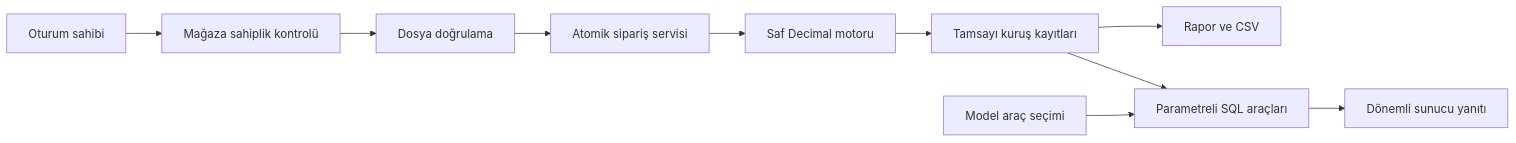
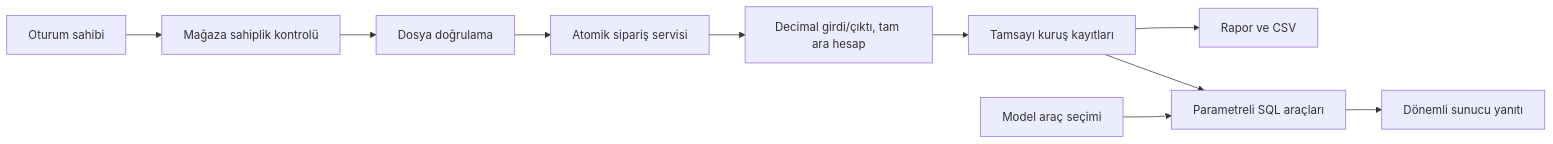
The diagram in docs/MIMARI.md (nowackk-cp/karkontrol), drawn with Mermaid before and after one commit. The commit also changed other lines of this file and 21 other files, not shown here.

````diff
--- a/docs/MIMARI.md
+++ b/docs/MIMARI.md
@@ -3,12 +3,12 @@
 ```mermaid
 flowchart LR
  A[Oturum sahibi] --> B[Mağaza sahiplik kontrolü]
  B --> C[Dosya doğrulama]
  C --> D[Atomik sipariş servisi]
- D --> E[Saf Decimal motoru]
+ D --> E[Decimal girdi/çıktı, tam ara hesap]
  E --> F[Tamsayı kuruş kayıtları]
  F --> G[Rapor ve CSV]
  F --> H[Parametreli SQL araçları]
  I[Model araç seçimi] --> H
  H --> J[Dönemli sunucu yanıtı]
 ```
````
